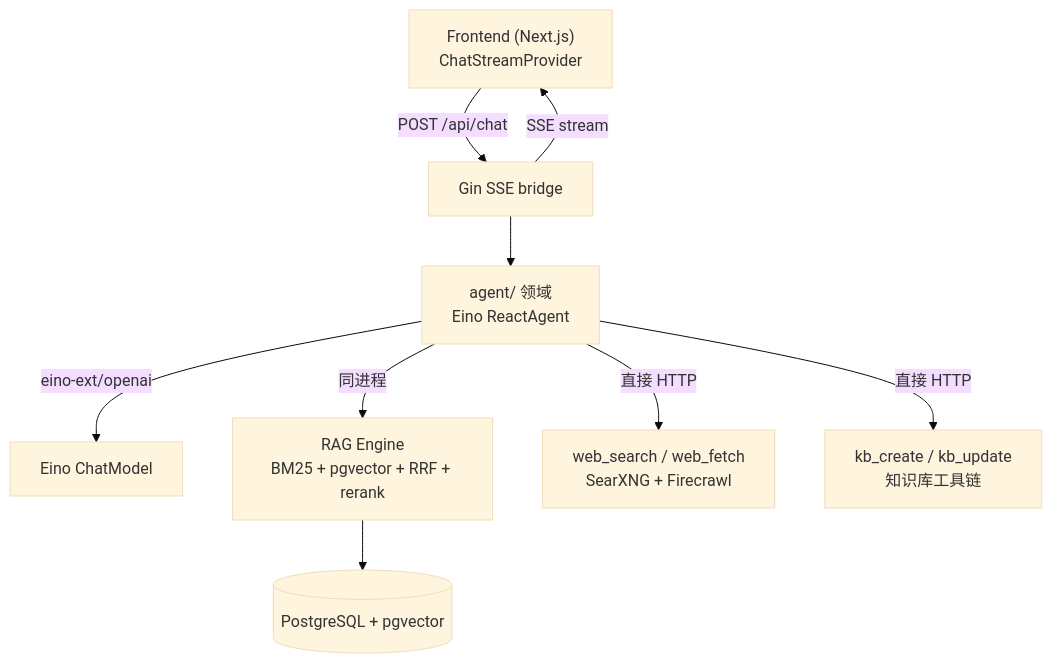
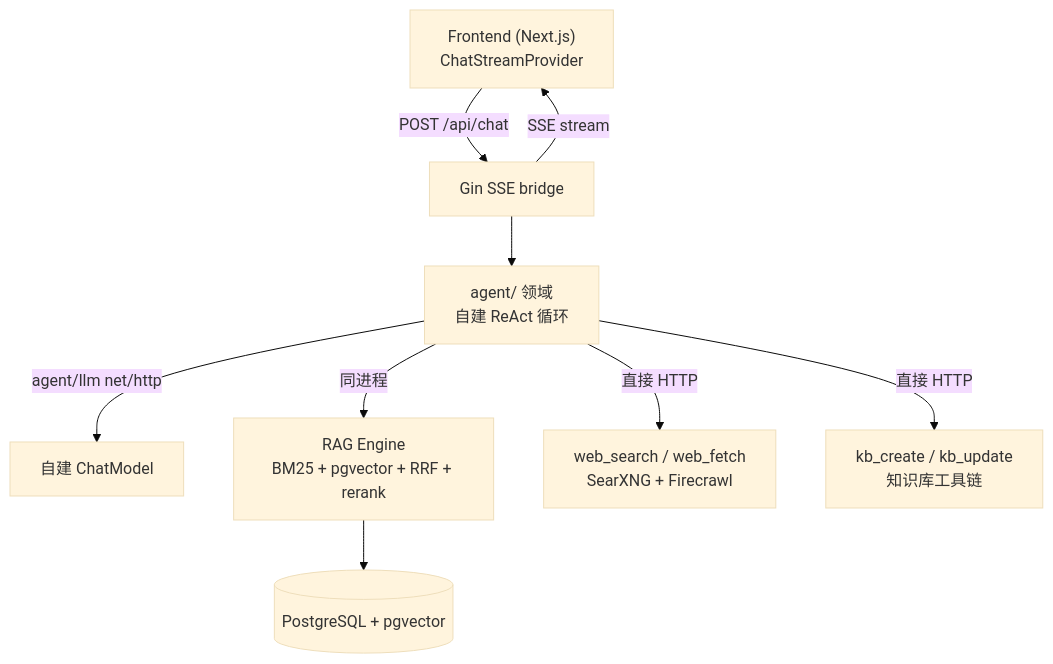
Before and after one commit to int2t05/Cognik: the fifth of 6 diagrams in docs/ROADMAP.md, drawn with Mermaid (base theme). The commit also changed other lines of this file and 14 other files, not shown here.

````diff
--- a/docs/ROADMAP.md
+++ b/docs/ROADMAP.md
@@ -429,12 +429,12 @@
 ```mermaid
 flowchart TB
     FE["Frontend (Next.js)<br/>ChatStreamProvider"]
     FE -->|"POST /api/chat"| SSE["Gin SSE bridge"]
-    SSE --> AGENT["agent/ 领域<br/>Eino ReactAgent"]
-    AGENT -->|"eino-ext/openai"| LLM["Eino ChatModel"]
+    SSE --> AGENT["agent/ 领域<br/>自建 ReAct 循环"]
+    AGENT -->|"agent/llm net/http"| LLM["自建 ChatModel"]
     AGENT -->|"同进程"| RAG["RAG Engine<br/>BM25 + pgvector + RRF + rerank"]
     AGENT -->|"直接 HTTP"| SEARCH["web_search / web_fetch<br/>SearXNG + Firecrawl"]
     AGENT -->|"直接 HTTP"| KB["kb_create / kb_update<br/>知识库工具链"]
     SSE -->|"SSE stream"| FE
     RAG --> PG[("PostgreSQL + pgvector")]
 ```
````
